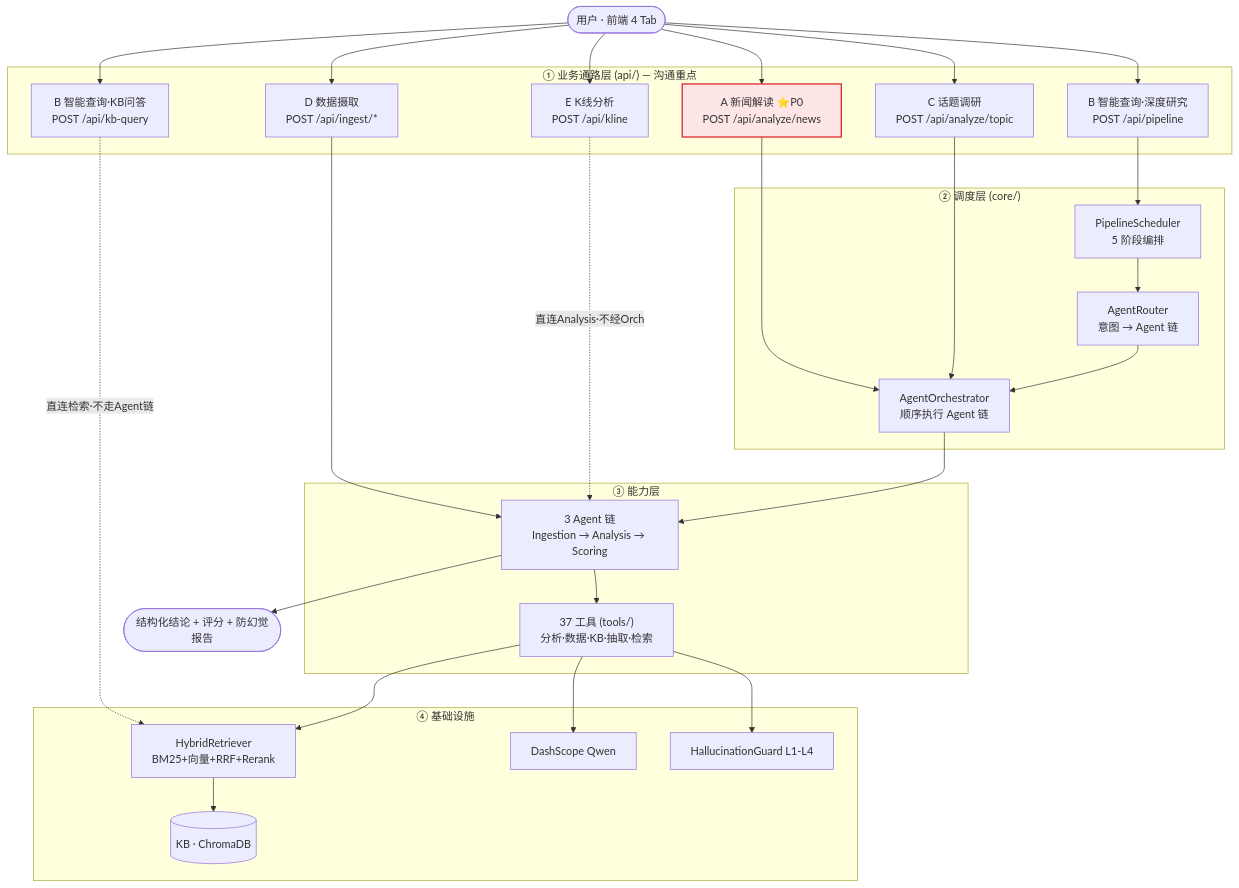
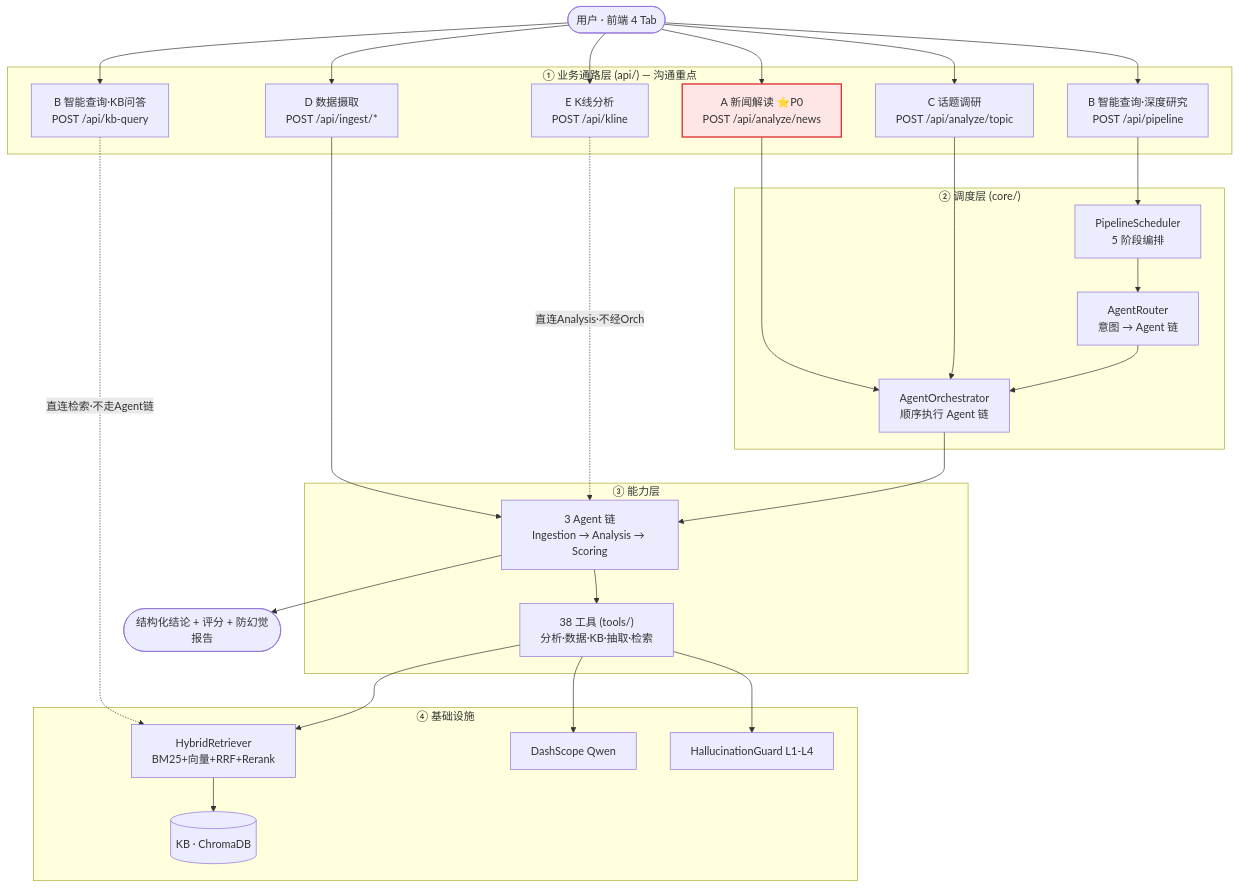
One commit to AllenMing3/Allen_FinanceRag changed the diagram in docs/ARCHITECTURE.md. Above: the diagram before and after it, drawn with Mermaid. The commit also changed other lines of this file and 8 other files, not shown here.

````diff
--- a/docs/ARCHITECTURE.md
+++ b/docs/ARCHITECTURE.md
@@ -49,60 +49,60 @@
 ```mermaid
 graph TD
     U(["用户 · 前端 4 Tab"])
 
     subgraph BIZ["① 业务通路层 (api/) — 沟通重点"]
         A["A 新闻解读 ⭐P0<br/>POST /api/analyze/news"]
         Bq["B 智能查询·KB问答<br/>POST /api/kb-query"]
         Bp["B 智能查询·深度研究<br/>POST /api/pipeline"]
         C["C 话题调研<br/>POST /api/analyze/topic"]
         D["D 数据摄取<br/>POST /api/ingest/*"]
         E["E K线分析<br/>POST /api/kline"]
     end
 
     subgraph CORE["② 调度层 (core/)"]
         ORCH["AgentOrchestrator<br/>顺序执行 Agent 链"]
         ROUTER["AgentRouter<br/>意图 → Agent 链"]
         PIPE["PipelineScheduler<br/>5 阶段编排"]
     end
 
     subgraph CAP["③ 能力层"]
         AGENTS["3 Agent 链<br/>Ingestion → Analysis → Scoring"]
-        TOOLS["37 工具 (tools/)<br/>分析·数据·KB·抽取·检索"]
+        TOOLS["38 工具 (tools/)<br/>分析·数据·KB·抽取·检索"]
     end
 
     subgraph INFRA["④ 基础设施"]
         RETR["HybridRetriever<br/>BM25+向量+RRF+Rerank"]
         LLM["DashScope Qwen"]
         GUARD["HallucinationGuard L1-L4"]
         KB[("KB · ChromaDB")]
     end
 
     OUT(["结构化结论 + 评分 + 防幻觉报告"])
 
     U --> A
     U --> Bq
     U --> Bp
     U --> C
     U --> D
     U --> E
 
     A --> ORCH
     C --> ORCH
     Bp --> PIPE
     PIPE --> ROUTER
     ROUTER --> ORCH
     D --> AGENTS
     E -. 直连Analysis·不经Orch .-> AGENTS
     Bq -. 直连检索·不走Agent链 .-> RETR
 
     ORCH --> AGENTS
     AGENTS --> TOOLS
     TOOLS --> RETR
     TOOLS --> LLM
     TOOLS --> GUARD
     RETR --> KB
     AGENTS --> OUT
 
     classDef p0 fill:#ffe6e6,stroke:#d33,stroke-width:2px;
     class A p0;
 ```
````
